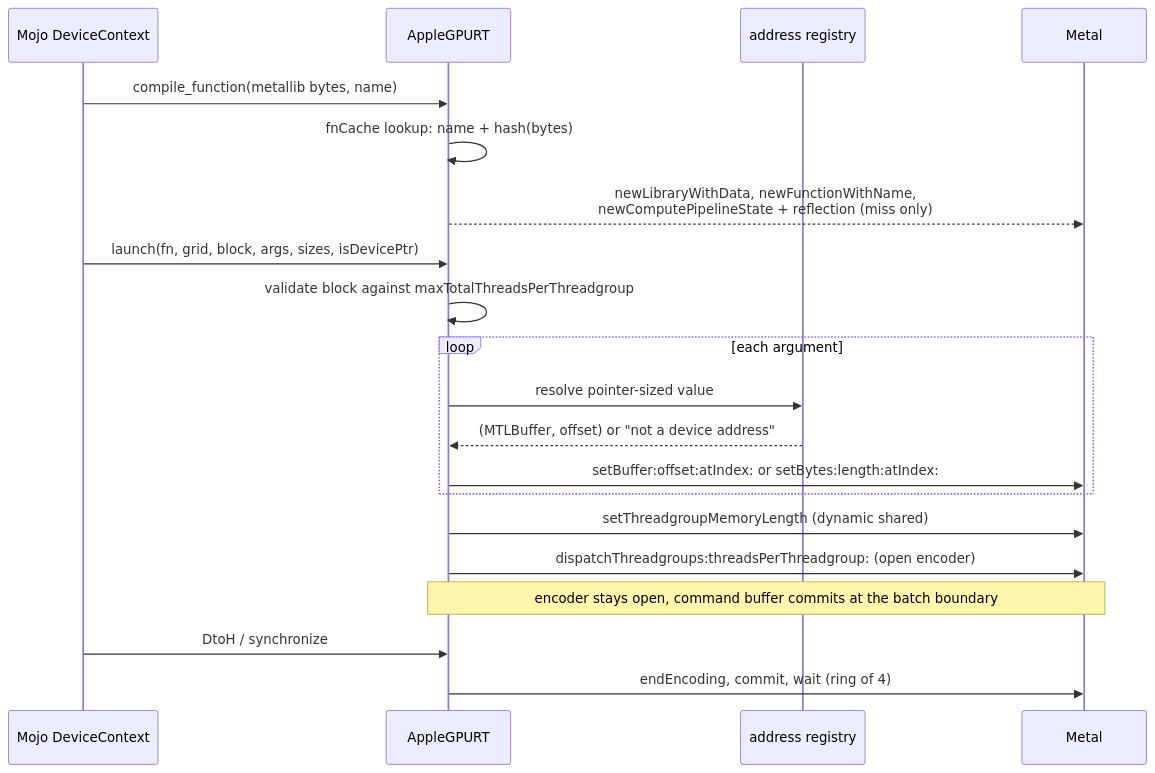
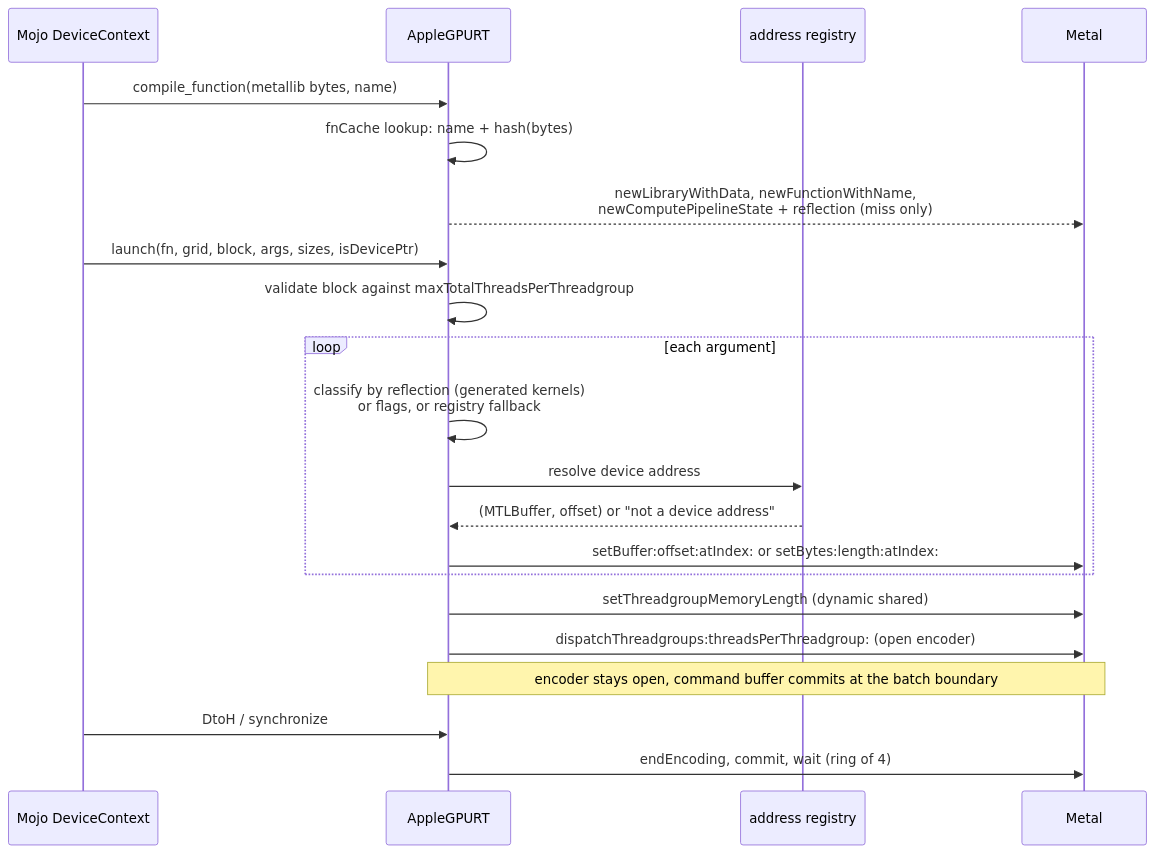
Before and after one commit to albanread/MojoCocoa: the first of 2 diagrams in AirLoweringWalkthrough/05-the-runtime.md, drawn with Mermaid. The commit also changed other lines of this file and 5 other files, not shown here.

````diff
--- a/AirLoweringWalkthrough/05-the-runtime.md
+++ b/AirLoweringWalkthrough/05-the-runtime.md
@@ -105,24 +107,25 @@
 ```mermaid
 sequenceDiagram
 %% @id air-launch
 %% @name One enqueue_function call, from Mojo to the GPU
     participant M as Mojo DeviceContext
     participant R as AppleGPURT
     participant Reg as address registry
     participant Mt as Metal
     M->>R: compile_function(metallib bytes, name)
     R->>R: fnCache lookup: name + hash(bytes)
     R-->>Mt: newLibraryWithData, newFunctionWithName,<br/>newComputePipelineState + reflection (miss only)
     M->>R: launch(fn, grid, block, args, sizes, isDevicePtr)
     R->>R: validate block against maxTotalThreadsPerThreadgroup
     loop each argument
-        R->>Reg: resolve pointer-sized value
+        R->>R: classify by reflection (generated kernels)<br/>or flags, or registry fallback
+        R->>Reg: resolve device address
         Reg-->>R: (MTLBuffer, offset) or "not a device address"
         R->>Mt: setBuffer:offset:atIndex: or setBytes:length:atIndex:
     end
     R->>Mt: setThreadgroupMemoryLength (dynamic shared)
     R->>Mt: dispatchThreadgroups:threadsPerThreadgroup: (open encoder)
     Note over R,Mt: encoder stays open, command buffer commits at the batch boundary
     M->>R: DtoH / synchronize
     R->>Mt: endEncoding, commit, wait (ring of 4)
 ```
````
